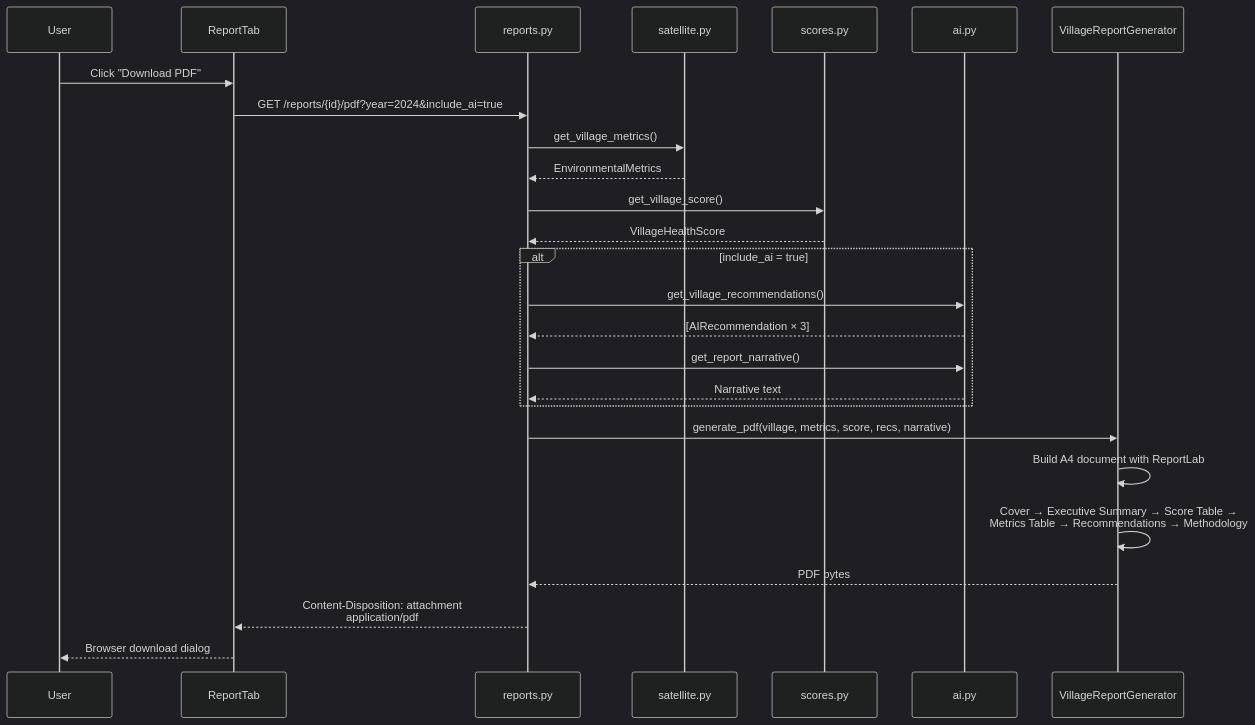
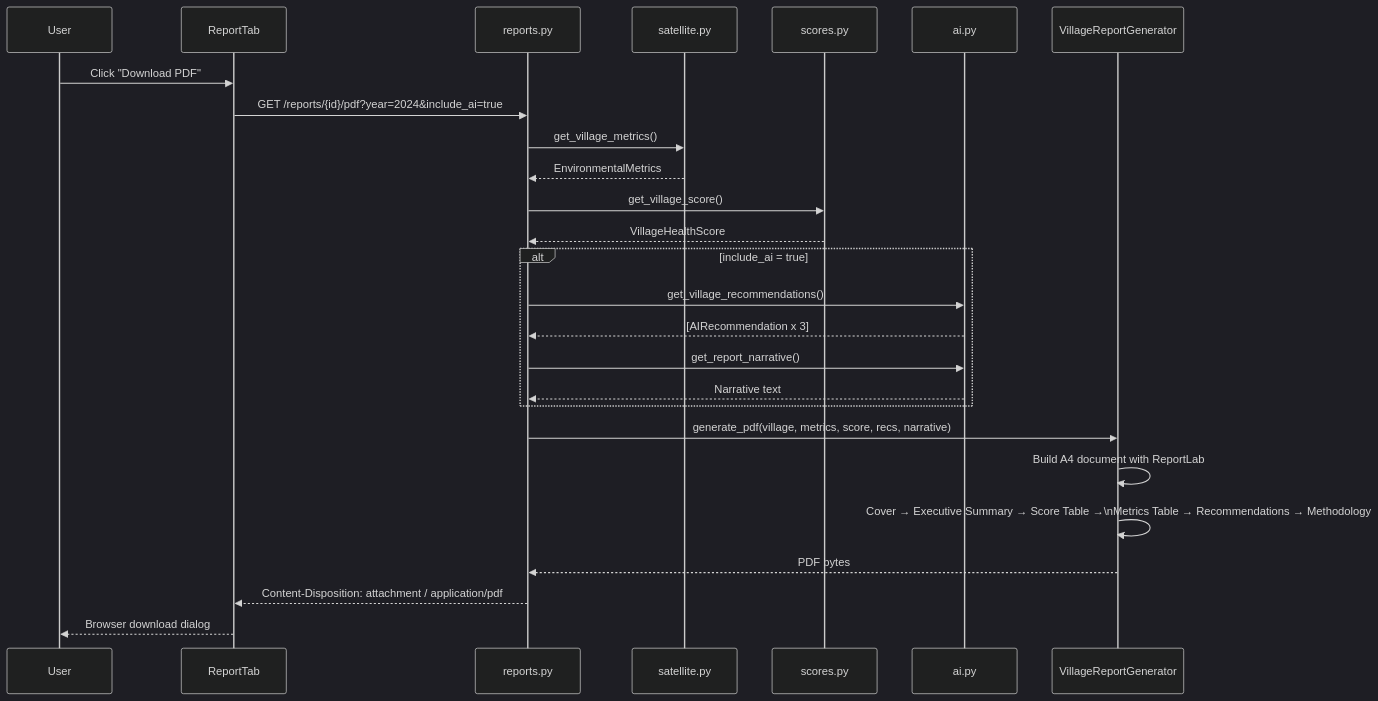
Before and after one commit to Shwetapatil13/GramDrishti: the fifth of 11 diagrams in PROJECT_WORKFLOW.md, drawn with Mermaid (dark theme). The commit also changed other lines of this file and 6 other files, not shown here.

Commit message:
clean up documentation formatting and improve clarity in project roadmap files

````diff
--- a/PROJECT_WORKFLOW.md
+++ b/PROJECT_WORKFLOW.md
@@ -215,34 +212,34 @@
 ```mermaid
 sequenceDiagram
     participant User
     participant Frontend as ReportTab
     participant API as reports.py
     participant Satellite as satellite.py
     participant Scores as scores.py
     participant AI as ai.py
     participant PDF as VillageReportGenerator
 
     User->>Frontend: Click "Download PDF"
     Frontend->>API: GET /reports/{id}/pdf?year=2024&include_ai=true
 
     API->>Satellite: get_village_metrics()
     Satellite-->>API: EnvironmentalMetrics
 
     API->>Scores: get_village_score()
     Scores-->>API: VillageHealthScore
 
     alt include_ai = true
         API->>AI: get_village_recommendations()
-        AI-->>API: [AIRecommendation × 3]
+        AI-->>API: [AIRecommendation x 3]
         API->>AI: get_report_narrative()
         AI-->>API: Narrative text
     end
 
     API->>PDF: generate_pdf(village, metrics, score, recs, narrative)
     PDF->>PDF: Build A4 document with ReportLab
-    PDF->>PDF: Cover → Executive Summary → Score Table →<br/>Metrics Table → Recommendations → Methodology
+    PDF->>PDF: Cover → Executive Summary → Score Table →\nMetrics Table → Recommendations → Methodology
     PDF-->>API: PDF bytes
 
-    API-->>Frontend: Content-Disposition: attachment<br/>application/pdf
+    API-->>Frontend: Content-Disposition: attachment / application/pdf
     Frontend-->>User: Browser download dialog
 ```
````
